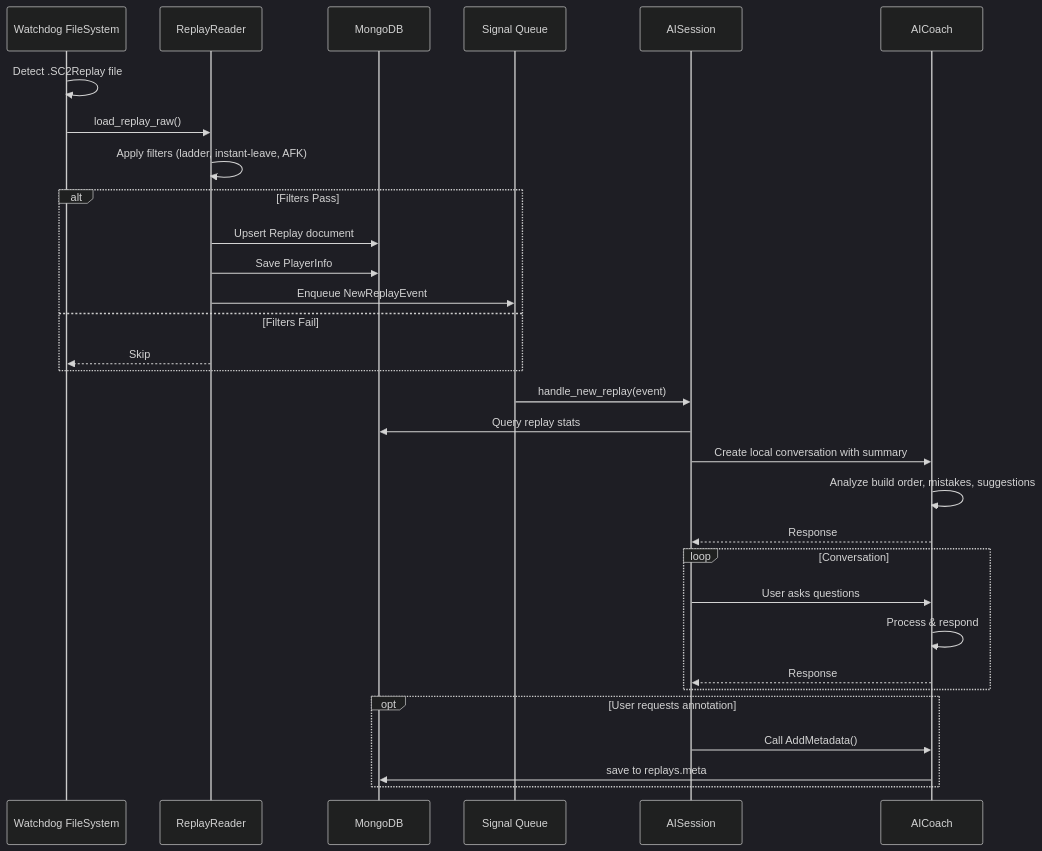
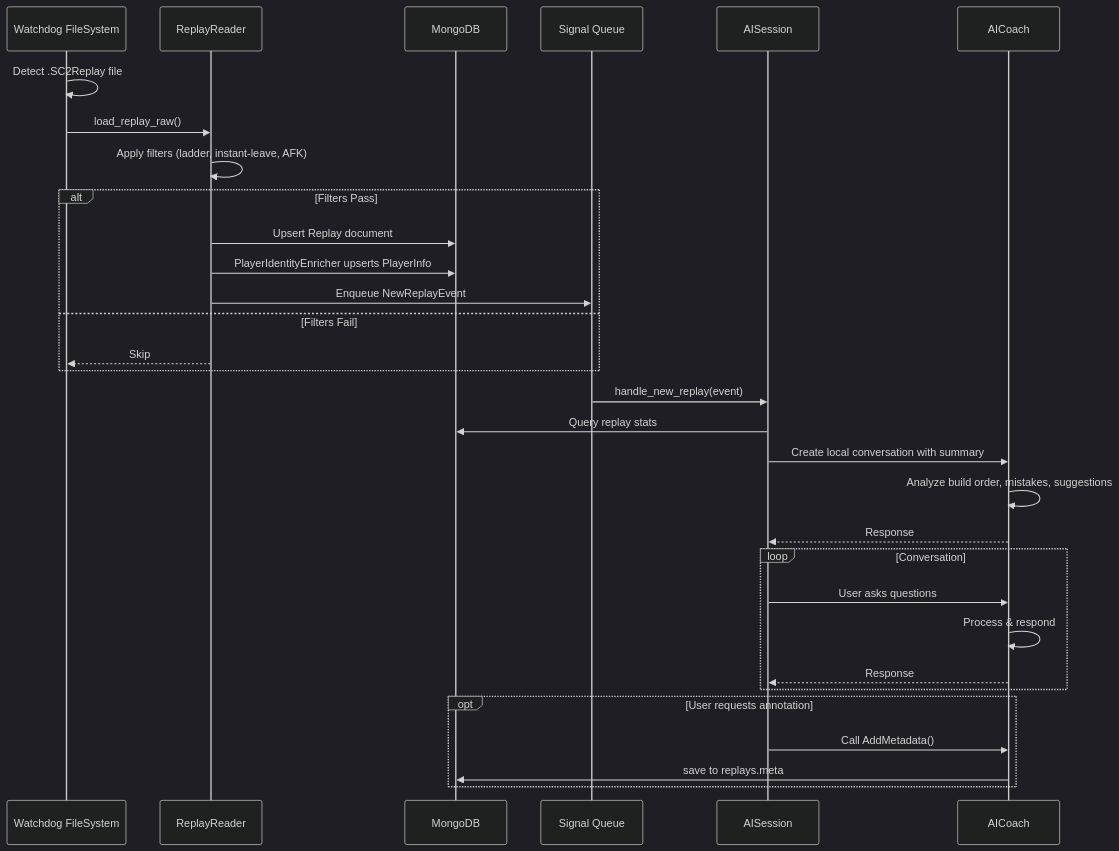
The sixth of 8 diagrams in docs/architecture.md (manuelseeger/sc2-ai-coach), drawn with Mermaid (dark theme) before and after one commit. The commit also changed other lines of this file, not shown here.

Commit message:
Update architecture

````diff
--- a/docs/architecture.md
+++ b/docs/architecture.md
@@ -500,39 +638,39 @@
 ```mermaid
 sequenceDiagram
     participant Watchdog as Watchdog FileSystem
     participant Reader as ReplayReader
     participant DB as MongoDB
     participant Queue as Signal Queue
     participant Session as AISession
     participant LLM as AICoach
     
     Watchdog->>Watchdog: Detect .SC2Replay file
     Watchdog->>Reader: load_replay_raw()
     Reader->>Reader: Apply filters (ladder, instant-leave, AFK)
     
     alt Filters Pass
         Reader->>DB: Upsert Replay document
-        Reader->>DB: Save PlayerInfo
+        Reader->>DB: PlayerIdentityEnricher upserts PlayerInfo
         Reader->>Queue: Enqueue NewReplayEvent
     else Filters Fail
         Reader-->>Watchdog: Skip
     end
     
     Queue->>Session: handle_new_replay(event)
     Session->>DB: Query replay stats
     Session->>LLM: Create local conversation with summary
     
     LLM->>LLM: Analyze build order, mistakes, suggestions
     LLM-->>Session: Response
     
     loop Conversation
         Session->>LLM: User asks questions
         LLM->>LLM: Process & respond
         LLM-->>Session: Response
     end
     
     opt User requests annotation
         Session->>LLM: Call AddMetadata()
         LLM->>DB: save to replays.meta
     end
 ```
````
